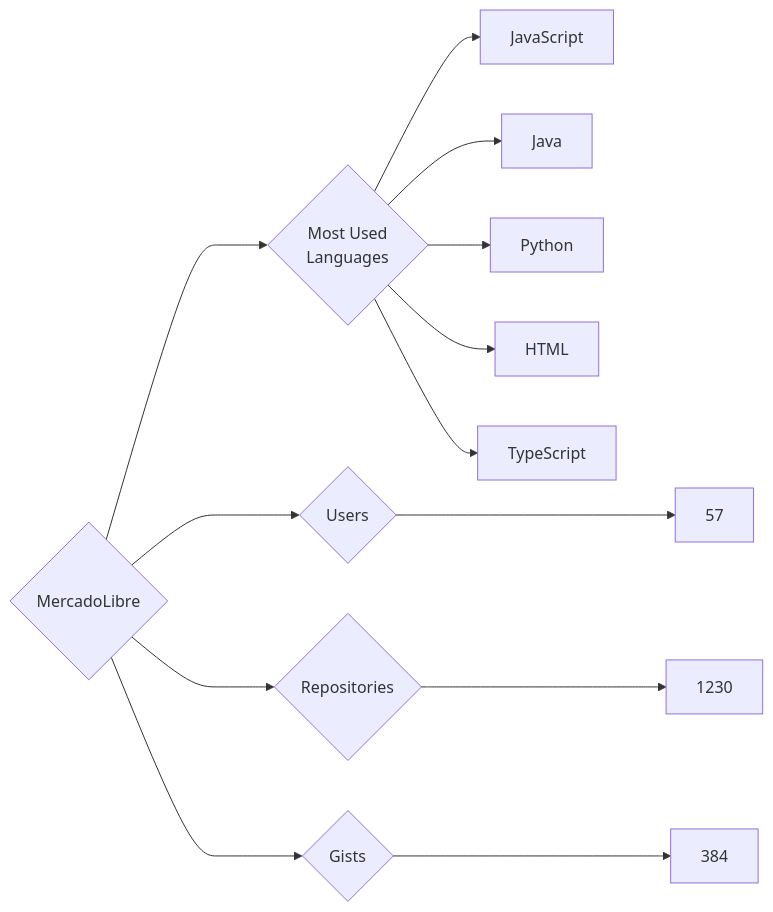
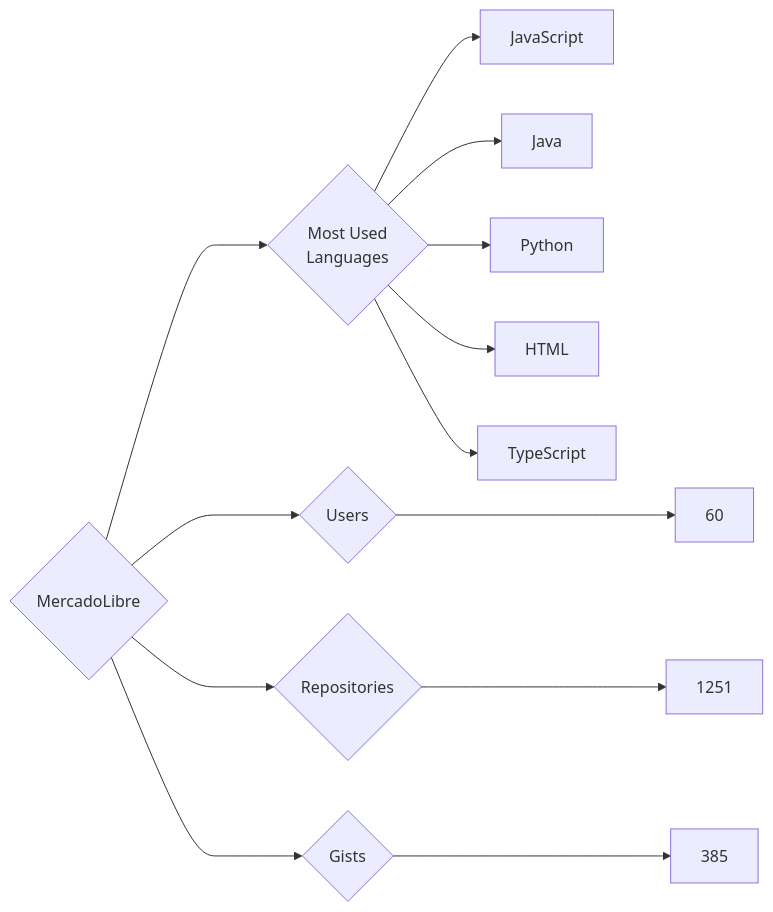
The diagram in targets/MercadoLibre/README.md (trickest/insiders), drawn with Mermaid before and after one commit. The commit also changed 1696 other files, not shown here.

````diff
--- a/targets/MercadoLibre/README.md
+++ b/targets/MercadoLibre/README.md
@@ -3,13 +3,13 @@
 ```mermaid
 graph LR
 COMPANY_NAME{MercadoLibre}
-COMPANY_NAME ---> U{Users} ---> UN[57]
-COMPANY_NAME ---> R{Repositories} ---> RN[1230]
-COMPANY_NAME ---> G{Gists} ---> GN[384]
+COMPANY_NAME ---> U{Users} ---> UN[60]
+COMPANY_NAME ---> R{Repositories} ---> RN[1251]
+COMPANY_NAME ---> G{Gists} ---> GN[385]
 COMPANY_NAME ---> ML{Most Used<br>Languages}
 ML --> JavaScript[JavaScript]
 ML --> Java[Java]
 ML --> Python[Python]
 ML --> HTML[HTML]
 ML --> TypeScript[TypeScript]
 ```
````
